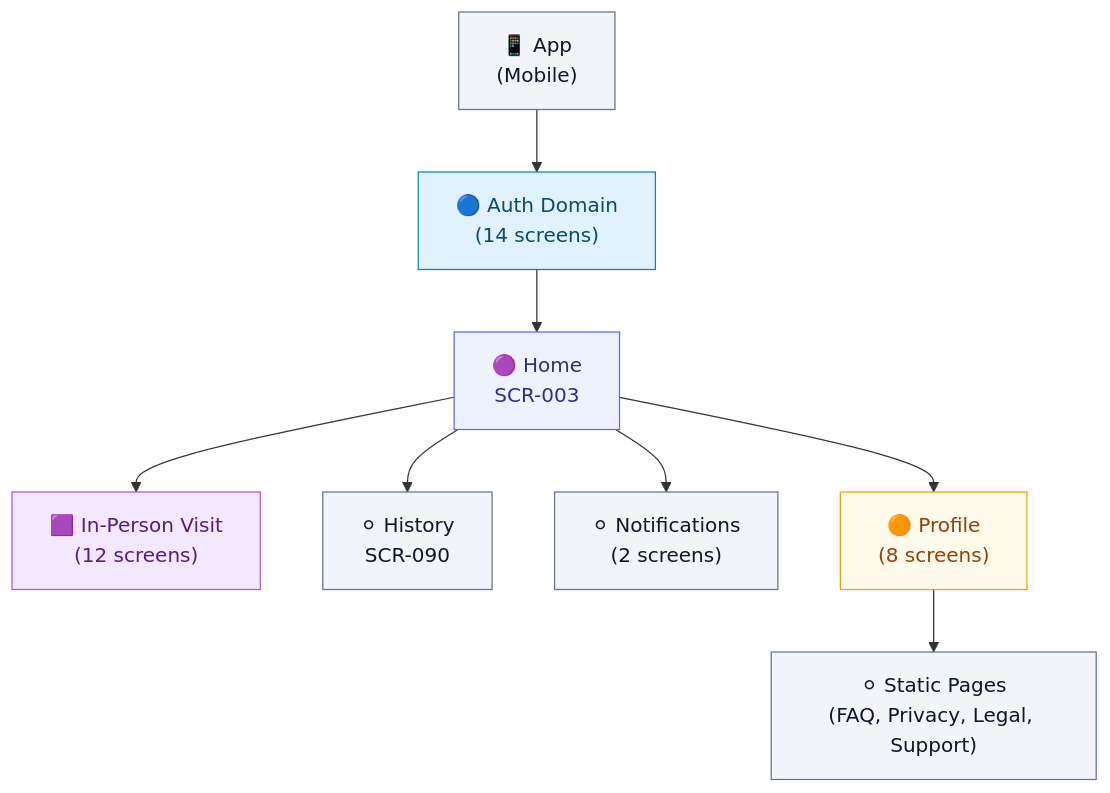
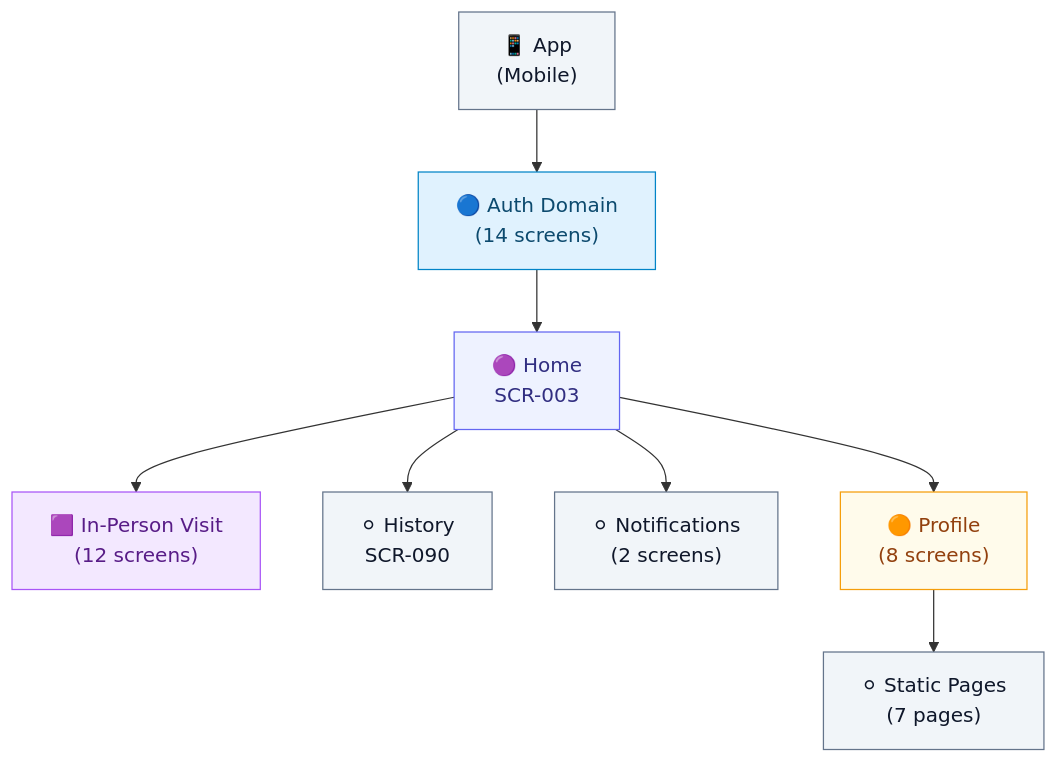
The first of 2 diagrams in docs/artifacts/ia-map/IA.md (garyctc/MedAlpha-Flow), drawn with Mermaid before and after one commit. The commit also changed other lines of this file and 13 other files, not shown here.

````diff
--- a/docs/artifacts/ia-map/IA.md
+++ b/docs/artifacts/ia-map/IA.md
@@ -16,32 +16,32 @@
 ```mermaid
 graph TD
     App["📱 App<br/>(Mobile)"]
     Auth["🔵 Auth Domain<br/>(14 screens)"]
     Home["🟣 Home<br/>SCR-003"]
     InPerson["🟪 In-Person Visit<br/>(12 screens)"]
     History["⚪ History<br/>SCR-090"]
     Notif["⚪ Notifications<br/>(2 screens)"]
     Profile["🟠 Profile<br/>(8 screens)"]
-    Static["⚪ Static Pages<br/>(FAQ, Privacy, Legal, Support)"]
+    Static["⚪ Static Pages<br/>(7 pages)"]
 
     App --> Auth
     Auth --> Home
     Home --> InPerson
     Home --> History
     Home --> Notif
     Home --> Profile
     Profile --> Static
 
     classDef auth fill:#E0F2FE,stroke:#0284C7,color:#0C4A6E
     classDef hub fill:#EEF2FF,stroke:#6366F1,color:#312E81
     classDef inperson fill:#F3E8FF,stroke:#A855F7,color:#581C87
     classDef profile fill:#FFFBEB,stroke:#F59E0B,color:#92400E
     classDef system fill:#F1F5F9,stroke:#64748B,color:#0F172A
 
     class App system
     class Auth auth
     class Home hub
     class InPerson inperson
     class Profile profile
     class History,Notif,Static system
 ```
````
